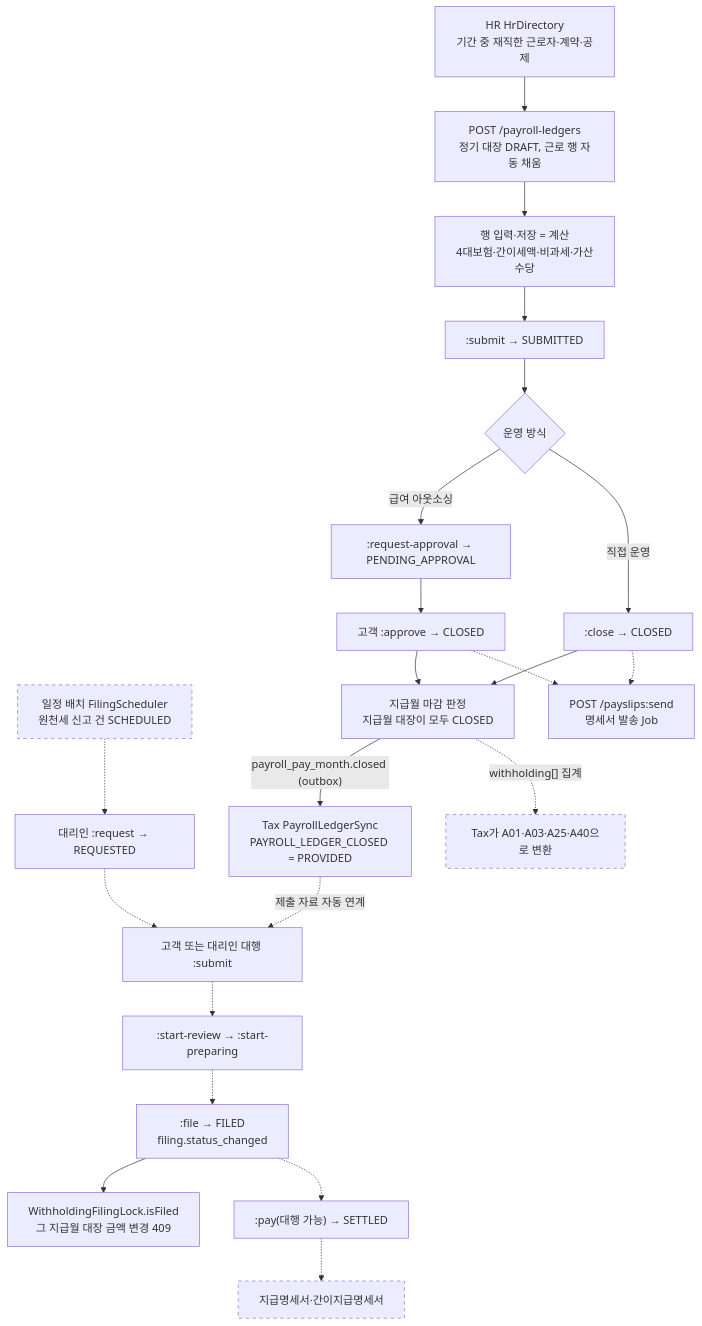
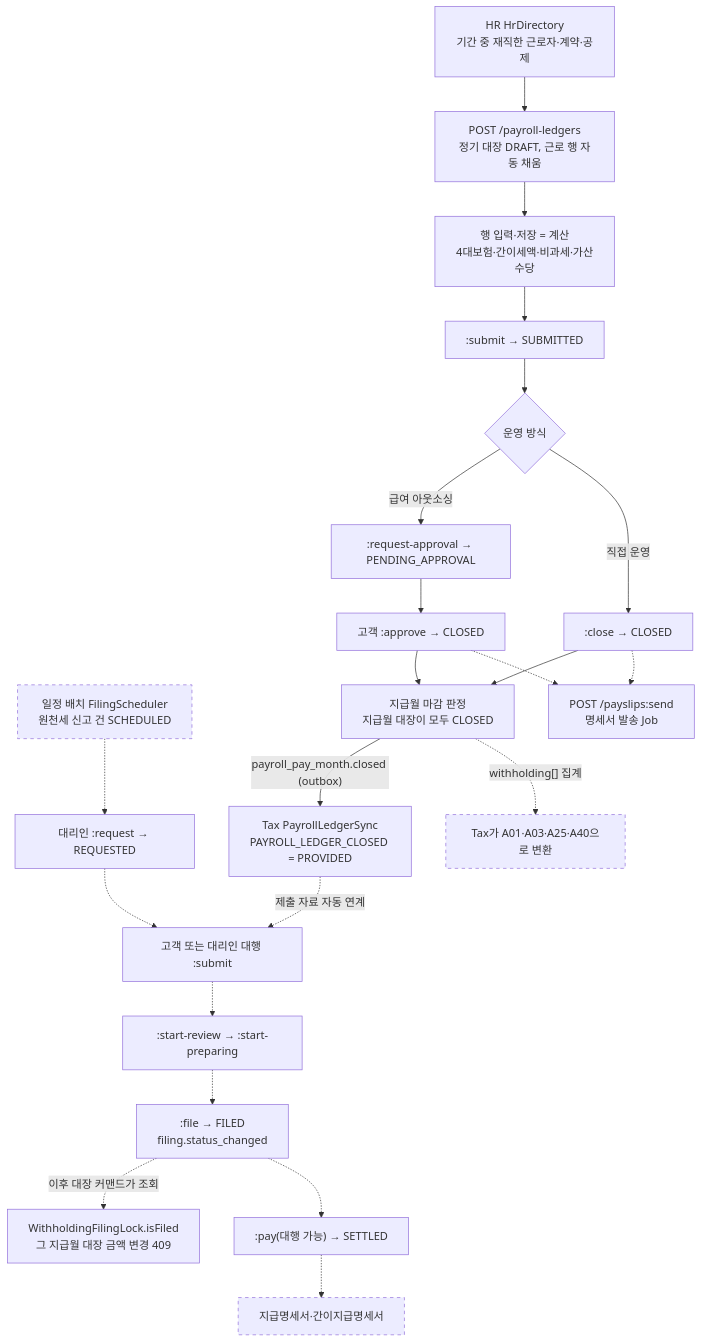
The first of 3 diagrams in docs/design/lifecycles.md (cbcruk/semu), drawn with Mermaid before and after one commit. The commit also changed other lines of this file and 2 other files, not shown here.

````diff
--- a/docs/design/lifecycles.md
+++ b/docs/design/lifecycles.md
@@ -55,26 +55,26 @@
 ```mermaid
 flowchart TD
   sched["일정 배치 FilingScheduler<br/>원천세 신고 건 SCHEDULED"]:::todo
   hr["HR HrDirectory<br/>기간 중 재직한 근로자·계약·공제"] --> create["POST /payroll-ledgers<br/>정기 대장 DRAFT, 근로 행 자동 채움"]
   create --> rows["행 입력·저장 = 계산<br/>4대보험·간이세액·비과세·가산수당"]
   rows --> submit[":submit → SUBMITTED"]
   submit --> wf{"운영 방식"}
   wf -- "급여 아웃소싱" --> req[":request-approval → PENDING_APPROVAL"] --> approve["고객 :approve → CLOSED"]
   wf -- "직접 운영" --> close[":close → CLOSED"]
   approve --> judge["지급월 마감 판정<br/>지급월 대장이 모두 CLOSED"]
   close --> judge
   judge -- "payroll_pay_month.closed (outbox)" --> sync["Tax PayrollLedgerSync<br/>PAYROLL_LEDGER_CLOSED = PROVIDED"]
   approve -.-> slip["POST /payslips:send<br/>명세서 발송 Job"]
   close -.-> slip
   sched -.-> request["대리인 :request → REQUESTED"]
   sync -. "제출 자료 자동 연계" .-> submitF
   request -.-> submitF["고객 또는 대리인 대행 :submit"]
   submitF -.-> review[":start-review → :start-preparing"]
   review -.-> file[":file → FILED<br/>filing.status_changed"]
-  file --> lock["WithholdingFilingLock.isFiled<br/>그 지급월 대장 금액 변경 409"]
+  file -. "이후 대장 커맨드가 조회" .-> lock["WithholdingFilingLock.isFiled<br/>그 지급월 대장 금액 변경 409"]
   file -.-> pay[":pay(대행 가능) → SETTLED"]
   judge -. "withholding[] 집계" .-> codes["Tax가 A01·A03·A25·A40으로 변환"]:::todo
   pay -.-> stmt["지급명세서·간이지급명세서"]:::todo
   classDef todo stroke-dasharray: 5 5
   classDef open stroke-width: 3px
 ```
````
